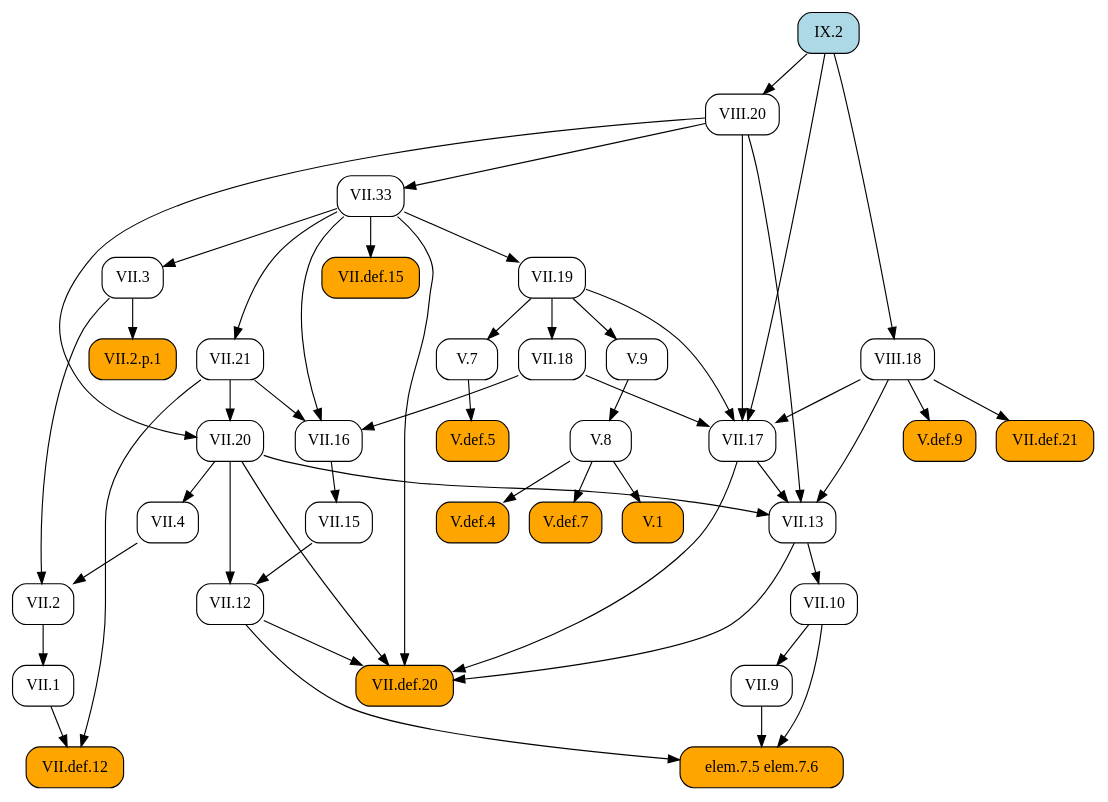
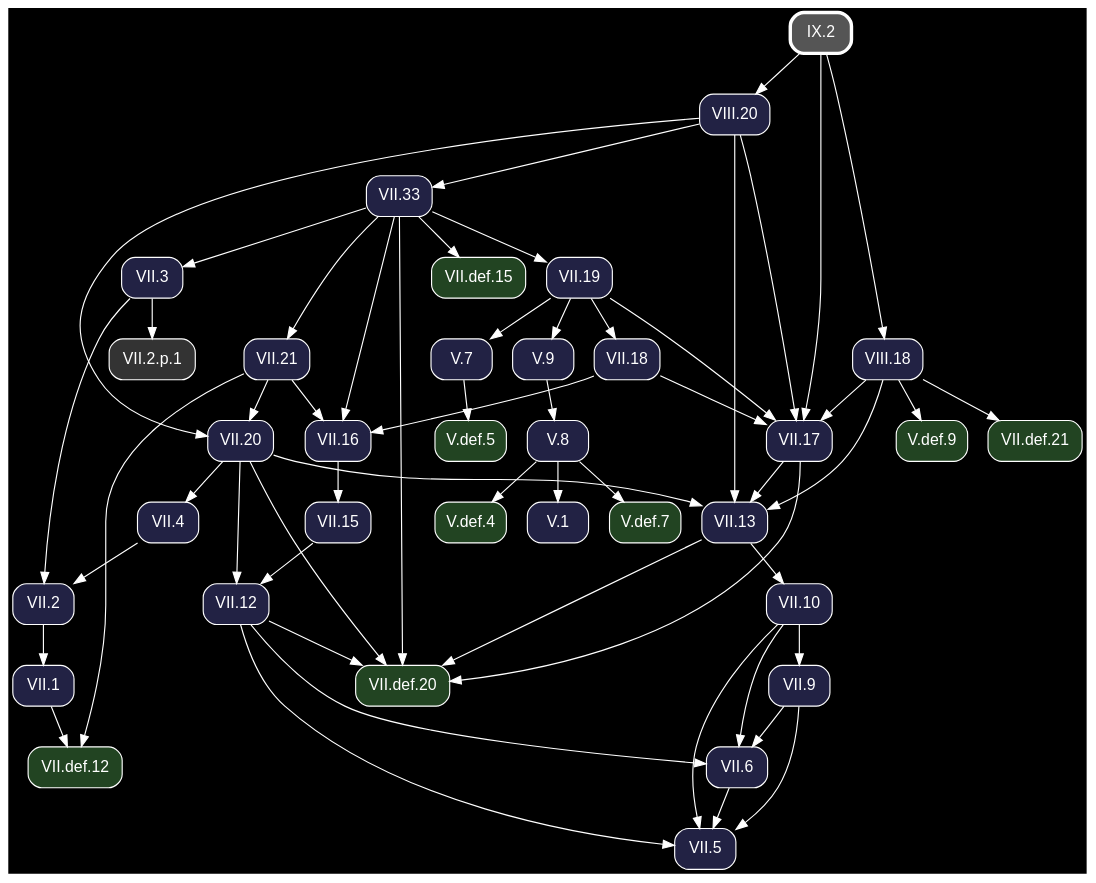
One commit to geometor/elements changed the diagram in docsrc/heath/IX/2/index.rst. Above: the diagram before and after it, drawn with Graphviz. The commit also changed other lines of this file and 1200 other files, not shown here.

Commit message:
update dependency graphs

```diff
--- a/docsrc/heath/IX/2/index.rst
+++ b/docsrc/heath/IX/2/index.rst
@@ -36,69 +36,48 @@
 .. graphviz::
 
    digraph {
+     bgcolor="black";
+     node [shape=box, style="rounded,filled", fontname="Helvetica", color="white", fontcolor="white"];
+     edge [color="white", fontcolor="white"];
      rankdir="TB";
-     node [shape=box, style=rounded];
-     "VII.33" [URL="/heath/VII/33/", target="_top"];
-     "VII.12" [URL="/heath/VII/12/", target="_top"];
-     "elem.7.5 elem.7.6" [style="rounded,filled", fillcolor=orange];
-     "VIII.20" [URL="/heath/VIII/20/", target="_top"];
-     "VII.9" [URL="/heath/VII/9/", target="_top"];
-     "VII.18" [URL="/heath/VII/18/", target="_top"];
-     "VII.16" [URL="/heath/VII/16/", target="_top"];
-     "V.7" [URL="/heath/V/7/", target="_top"];
-     "IX.2" [style="rounded,filled", fillcolor=lightblue, URL="/heath/IX/2/", target="_top"];
-     "V.def.5" [style="rounded,filled", fillcolor=orange, URL="/heath/V/def.5/", target="_top"];
-     "V.9" [URL="/heath/V/9/", target="_top"];
-     "VII.10" [URL="/heath/VII/10/", target="_top"];
-     "VII.13" [URL="/heath/VII/13/", target="_top"];
-     "VIII.18" [URL="/heath/VIII/18/", target="_top"];
-     "VII.def.15" [style="rounded,filled", fillcolor=orange, URL="/heath/VII/def.15/", target="_top"];
-     "VII.17" [URL="/heath/VII/17/", target="_top"];
-     "VII.19" [URL="/heath/VII/19/", target="_top"];
-     "VII.2" [URL="/heath/VII/2/", target="_top"];
-     "VII.def.20" [style="rounded,filled", fillcolor=orange, URL="/heath/VII/def.20/", target="_top"];
-     "VII.2.p.1" [style="rounded,filled", fillcolor=orange];
-     "VII.15" [URL="/heath/VII/15/", target="_top"];
-     "V.def.4" [style="rounded,filled", fillcolor=orange, URL="/heath/V/def.4/", target="_top"];
-     "V.def.7" [style="rounded,filled", fillcolor=orange, URL="/heath/V/def.7/", target="_top"];
-     "VII.21" [URL="/heath/VII/21/", target="_top"];
-     "VII.1" [URL="/heath/VII/1/", target="_top"];
-     "V.8" [URL="/heath/V/8/", target="_top"];
-     "VII.4" [URL="/heath/VII/4/", target="_top"];
-     "VII.def.12" [style="rounded,filled", fillcolor=orange, URL="/heath/VII/def.12/", target="_top"];
-     "V.1" [style="rounded,filled", fillcolor=orange, URL="/heath/V/1/", target="_top"];
-     "V.def.9" [style="rounded,filled", fillcolor=orange, URL="/heath/V/def.9/", target="_top"];
-     "VII.3" [URL="/heath/VII/3/", target="_top"];
-     "VII.20" [URL="/heath/VII/20/", target="_top"];
-     "VII.def.21" [style="rounded,filled", fillcolor=orange, URL="/heath/VII/def.21/", target="_top"];
+     "IX.2" [penwidth=3, color="white", fillcolor="#555555", URL="/heath/IX/2/", target="_top"];
+     "VII.33" [fillcolor="#222244", URL="/heath/VII/33/", target="_top"];
+     "V.def.5" [fillcolor="#224422", URL="/heath/V/def.5/", target="_top"];
+     "V.def.9" [fillcolor="#224422", URL="/heath/V/def.9/", target="_top"];
+     "VII.18" [fillcolor="#222244", URL="/heath/VII/18/", target="_top"];
+     "VII.2" [fillcolor="#222244", URL="/heath/VII/2/", target="_top"];
+     "VII.def.20" [fillcolor="#224422", URL="/heath/VII/def.20/", target="_top"];
+     "VII.1" [fillcolor="#222244", URL="/heath/VII/1/", target="_top"];
+     "VII.13" [fillcolor="#222244", URL="/heath/VII/13/", target="_top"];
+     "VII.4" [fillcolor="#222244", URL="/heath/VII/4/", target="_top"];
+     "VIII.20" [fillcolor="#222244", URL="/heath/VIII/20/", target="_top"];
+     "VII.21" [fillcolor="#222244", URL="/heath/VII/21/", target="_top"];
+     "VII.9" [fillcolor="#222244", URL="/heath/VII/9/", target="_top"];
+     "V.7" [fillcolor="#222244", URL="/heath/V/7/", target="_top"];
+     "VII.12" [fillcolor="#222244", URL="/heath/VII/12/", target="_top"];
+     "V.9" [fillcolor="#222244", URL="/heath/V/9/", target="_top"];
+     "VII.17" [fillcolor="#222244", URL="/heath/VII/17/", target="_top"];
+     "V.def.7" [fillcolor="#224422", URL="/heath/V/def.7/", target="_top"];
+     "VII.20" [fillcolor="#222244", URL="/heath/VII/20/", target="_top"];
+     "V.def.4" [fillcolor="#224422", URL="/heath/V/def.4/", target="_top"];
+     "VIII.18" [fillcolor="#222244", URL="/heath/VIII/18/", target="_top"];
+     "VII.5" [fillcolor="#222244", URL="/heath/VII/5/", target="_top"];
+     "VII.def.15" [fillcolor="#224422", URL="/heath/VII/def.15/", target="_top"];
+     "VII.2.p.1" [fillcolor="#333333"];
+     "VII.6" [fillcolor="#222244", URL="/heath/VII/6/", target="_top"];
+     "VII.16" [fillcolor="#222244", URL="/heath/VII/16/", target="_top"];
+     "VII.15" [fillcolor="#222244", URL="/heath/VII/15/", target="_top"];
+     "V.1" [fillcolor="#222244", URL="/heath/V/1/", target="_top"];
+     "VII.10" [fillcolor="#222244", URL="/heath/VII/10/", target="_top"];
+     "VII.def.12" [fillcolor="#224422", URL="/heath/VII/def.12/", target="_top"];
+     "VII.def.21" [fillcolor="#224422", URL="/heath/VII/def.21/", target="_top"];
+     "VII.19" [fillcolor="#222244", URL="/heath/VII/19/", target="_top"];
+     "V.8" [fillcolor="#222244", URL="/heath/V/8/", target="_top"];
+     "VII.3" [fillcolor="#222244", URL="/heath/VII/3/", target="_top"];
      "VIII.20" -> "VII.33";
-     "VII.15" -> "VII.12";
-     "VII.20" -> "VII.12";
-     "VII.9" -> "elem.7.5 elem.7.6";
-     "VII.10" -> "elem.7.5 elem.7.6";
-     "VII.12" -> "elem.7.5 elem.7.6";
-     "IX.2" -> "VIII.20";
-     "VII.10" -> "VII.9";
+     "V.7" -> "V.def.5";
+     "VIII.18" -> "V.def.9";
      "VII.19" -> "VII.18";
-     "VII.18" -> "VII.16";
-     "VII.21" -> "VII.16";
-     "VII.33" -> "VII.16";
-     "VII.19" -> "V.7";
-     "V.7" -> "V.def.5";
-     "VII.19" -> "V.9";
-     "VII.13" -> "VII.10";
-     "VII.17" -> "VII.13";
-     "VII.20" -> "VII.13";
-     "VIII.18" -> "VII.13";
-     "VIII.20" -> "VII.13";
-     "IX.2" -> "VIII.18";
-     "VII.33" -> "VII.def.15";
-     "VII.18" -> "VII.17";
-     "VII.19" -> "VII.17";
-     "VIII.18" -> "VII.17";
-     "VIII.20" -> "VII.17";
-     "IX.2" -> "VII.17";
-     "VII.33" -> "VII.19";
      "VII.3" -> "VII.2";
      "VII.4" -> "VII.2";
      "VII.12" -> "VII.def.20";
@@ -106,20 +85,48 @@
      "VII.17" -> "VII.def.20";
      "VII.20" -> "VII.def.20";
      "VII.33" -> "VII.def.20";
+     "VII.2" -> "VII.1";
+     "VII.17" -> "VII.13";
+     "VII.20" -> "VII.13";
+     "VIII.18" -> "VII.13";
+     "VIII.20" -> "VII.13";
+     "VII.20" -> "VII.4";
+     "IX.2" -> "VIII.20";
+     "VII.33" -> "VII.21";
+     "VII.10" -> "VII.9";
+     "VII.19" -> "V.7";
+     "VII.15" -> "VII.12";
+     "VII.20" -> "VII.12";
+     "VII.19" -> "V.9";
+     "VII.18" -> "VII.17";
+     "VII.19" -> "VII.17";
+     "VIII.18" -> "VII.17";
+     "VIII.20" -> "VII.17";
+     "IX.2" -> "VII.17";
+     "V.8" -> "V.def.7";
+     "VII.21" -> "VII.20";
+     "VIII.20" -> "VII.20";
+     "V.8" -> "V.def.4";
+     "IX.2" -> "VIII.18";
+     "VII.6" -> "VII.5";
+     "VII.9" -> "VII.5";
+     "VII.10" -> "VII.5";
+     "VII.12" -> "VII.5";
+     "VII.33" -> "VII.def.15";
      "VII.3" -> "VII.2.p.1";
+     "VII.9" -> "VII.6";
+     "VII.10" -> "VII.6";
+     "VII.12" -> "VII.6";
+     "VII.18" -> "VII.16";
+     "VII.21" -> "VII.16";
+     "VII.33" -> "VII.16";
      "VII.16" -> "VII.15";
-     "V.8" -> "V.def.4";
-     "V.8" -> "V.def.7";
-     "VII.33" -> "VII.21";
-     "VII.2" -> "VII.1";
-     "V.9" -> "V.8";
-     "VII.20" -> "VII.4";
+     "V.8" -> "V.1";
+     "VII.13" -> "VII.10";
      "VII.1" -> "VII.def.12";
      "VII.21" -> "VII.def.12";
-     "V.8" -> "V.1";
-     "VIII.18" -> "V.def.9";
+     "VIII.18" -> "VII.def.21";
+     "VII.33" -> "VII.19";
+     "V.9" -> "V.8";
      "VII.33" -> "VII.3";
-     "VII.21" -> "VII.20";
-     "VIII.20" -> "VII.20";
-     "VIII.18" -> "VII.def.21";
    }
```
